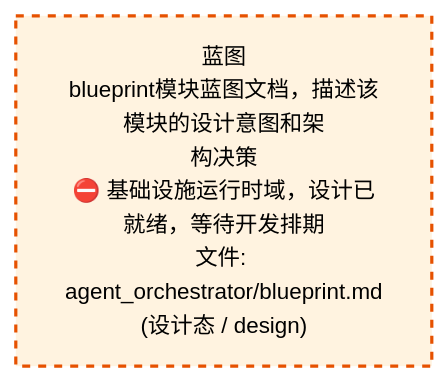
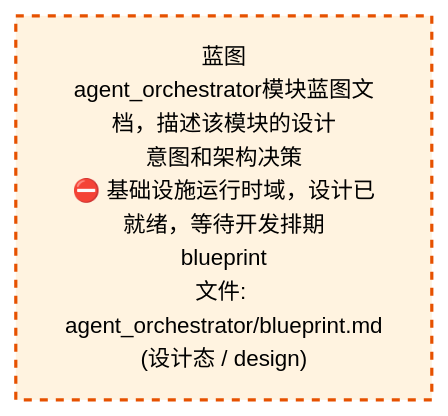
One commit to xuanFelixVan/ZephyrAlpha changed the third of 4 diagrams in docs/02_enterprise_architecture/02_domain_architecture_docs/06_d_infra_runtime.md. Above: the diagram before and after it, drawn with Mermaid. The commit also changed other lines of this file and 59 other files, not shown here.

````diff
--- a/docs/02_enterprise_architecture/02_domain_architecture_docs/06_d_infra_runtime.md
+++ b/docs/02_enterprise_architecture/02_domain_architecture_docs/06_d_infra_runtime.md
@@ -1085,10 +1069,10 @@
 ```mermaid
 %%{init: {'theme': 'base', 'themeVariables': {'primaryColor': '#eaeaea', 'primaryTextColor': '#333333', 'primaryBorderColor': '#666666', 'lineColor': '#666666', 'secondaryColor': '#eaeaea', 'tertiaryColor': '#eaeaea', 'fontSize': '14px'}}}%%
 flowchart TD
-    docs_03_modules_cross_layer_agent_orchestrator_blueprint_md["蓝图<br/>blueprint模块蓝图文档，描述该模块的设计意图和架<br/>构决策<br/>⛔ 基础设施运行时域，设计已就绪，等待开发排期<br/>文件: agent_orchestrator/blueprint.md<br/>(设计态 / design)"]
+    docs_03_modules_cross_layer_agent_orchestrator_blueprint_md["蓝图<br/>agent_orchestrator模块蓝图文档，描述该模块的设计<br/>意图和架构决策<br/>⛔ 基础设施运行时域，设计已就绪，等待开发排期<br/>blueprint<br/>文件: agent_orchestrator/blueprint.md<br/>(设计态 / design)"]
     classDef production fill:#e1f5fe,stroke:#01579b,stroke-width:2px,color:#000
     classDef design fill:#fff3e0,stroke:#e65100,stroke-width:2px,color:#000,stroke-dasharray: 5 5
     classDef external_prod fill:#e8f4fd,stroke:#0277bd,stroke-width:1px,color:#000
     classDef external_design fill:#fff8e7,stroke:#ef6c00,stroke-width:1px,color:#000,stroke-dasharray: 5 5
     class docs_03_modules_cross_layer_agent_orchestrator_blueprint_md design
 ```
````
